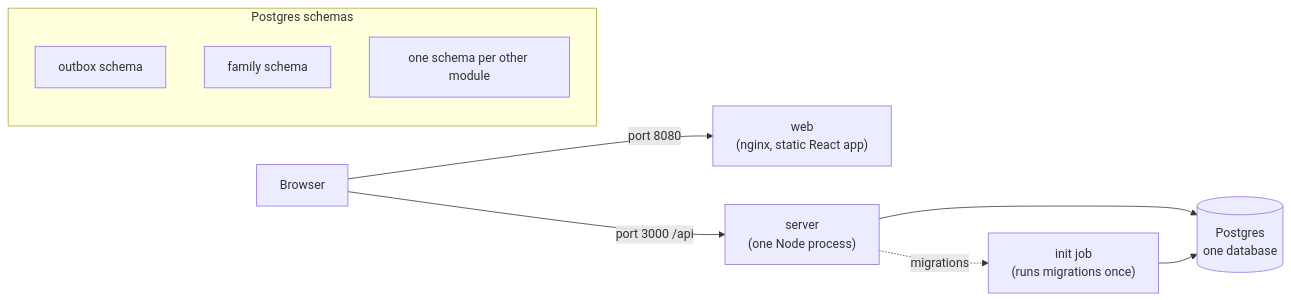
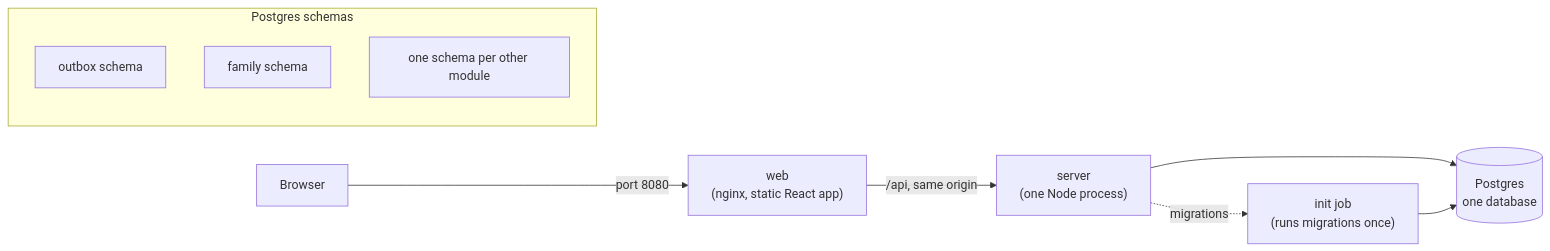
Before and after one commit to Wadowski/off-grid: the diagram in docs/architecture/overview.md, drawn with Mermaid. The commit also changed other lines of this file and 11 other files, not shown here.

First line of the commit message:
Web: serve the API under /api on the web origin (ADR 0043)

````diff
--- a/docs/architecture/overview.md
+++ b/docs/architecture/overview.md
@@ -17,13 +17,13 @@
 ```mermaid
 flowchart LR
   browser["Browser"] -->|"port 8080"| web["web<br/>(nginx, static React app)"]
-  browser -->|"port 3000 /api"| server["server<br/>(one Node process)"]
+  web -->|"/api, same origin"| server["server<br/>(one Node process)"]
   server --> db[("Postgres<br/>one database")]
   subgraph dbgroup["Postgres schemas"]
     outbox["outbox schema"]
     family["family schema"]
     others["one schema per other module"]
   end
   server -. "migrations" .-> migrate["init job<br/>(runs migrations once)"]
   migrate --> db
 ```
````
